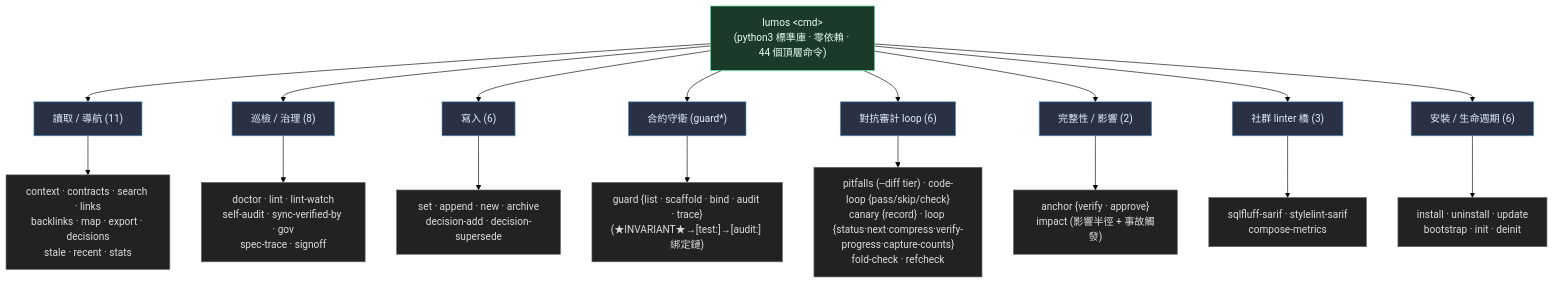
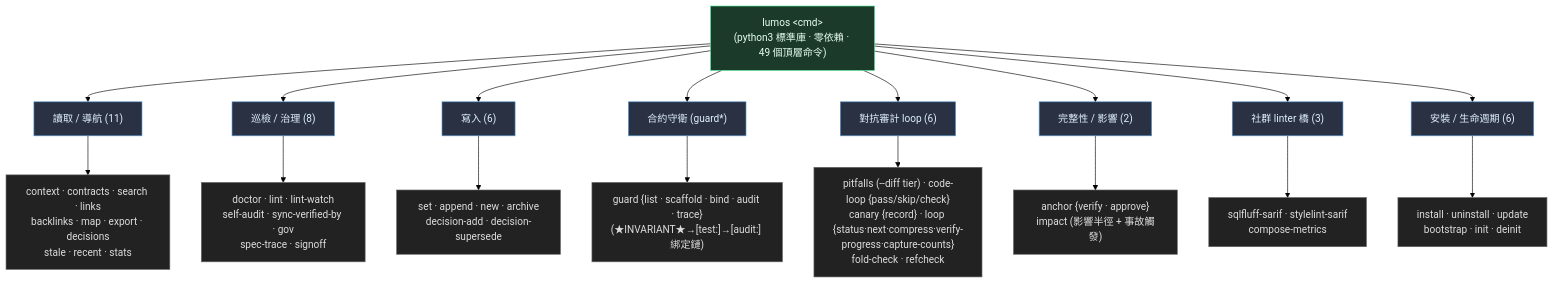
One commit to EnzoHsieh-Android/Lumos changed the third of 4 diagrams in ARCHITECTURE.md. Above: the diagram before and after it, drawn with Mermaid (forest theme). The commit also changed other lines of this file and 12 other files, not shown here.

````diff
--- a/ARCHITECTURE.md
+++ b/ARCHITECTURE.md
@@ -99,29 +99,29 @@
 ```mermaid
 flowchart TB
-    ROOT["lumos &lt;cmd&gt;<br/>(python3 標準庫 · 零依賴 · 44 個頂層命令)"]
+    ROOT["lumos &lt;cmd&gt;<br/>(python3 標準庫 · 零依賴 · 49 個頂層命令)"]
 
     ROOT --> READ["讀取 / 導航 (11)"]
     ROOT --> HEALTH["巡檢 / 治理 (8)"]
     ROOT --> WRITE["寫入 (6)"]
     ROOT --> GUARD["合約守衛 (guard*)"]
     ROOT --> LOOP["對抗審計 loop (6)"]
     ROOT --> INTEG["完整性 / 影響 (2)"]
     ROOT --> SARIF["社群 linter 橋 (3)"]
     ROOT --> LIFE["安裝 / 生命週期 (6)"]
 
     READ --> R["context · contracts · search · links<br/>backlinks · map · export · decisions<br/>stale · recent · stats"]
     HEALTH --> H["doctor · lint · lint-watch<br/>self-audit · sync-verified-by · gov<br/>spec-trace · signoff"]
     WRITE --> W["set · append · new · archive<br/>decision-add · decision-supersede"]
     GUARD --> G["guard {list · scaffold · bind · audit · trace}<br/>(★INVARIANT★→[test:]→[audit:] 綁定鏈)"]
     LOOP --> LP["pitfalls (--diff tier) · code-loop {pass/skip/check}<br/>canary {record} · loop {status·next·compress·verify-progress·capture-counts}<br/>fold-check · refcheck"]
     INTEG --> I["anchor {verify · approve}<br/>impact (影響半徑 + 事故觸發)"]
     SARIF --> ST["sqlfluff-sarif · stylelint-sarif<br/>compose-metrics"]
     LIFE --> L["install · uninstall · update<br/>bootstrap · init · deinit"]
 
     classDef root fill:#1b3a2a,stroke:#3ddc84,color:#e8fff0
     classDef cat fill:#2a3142,stroke:#5a9bd6,color:#e0f0ff
     classDef leaf fill:#222,stroke:#666,color:#ddd
     class ROOT root
     class READ,HEALTH,WRITE,GUARD,LOOP,INTEG,SARIF,LIFE cat
     class R,H,W,G,LP,I,ST,L leaf
 ```
````
